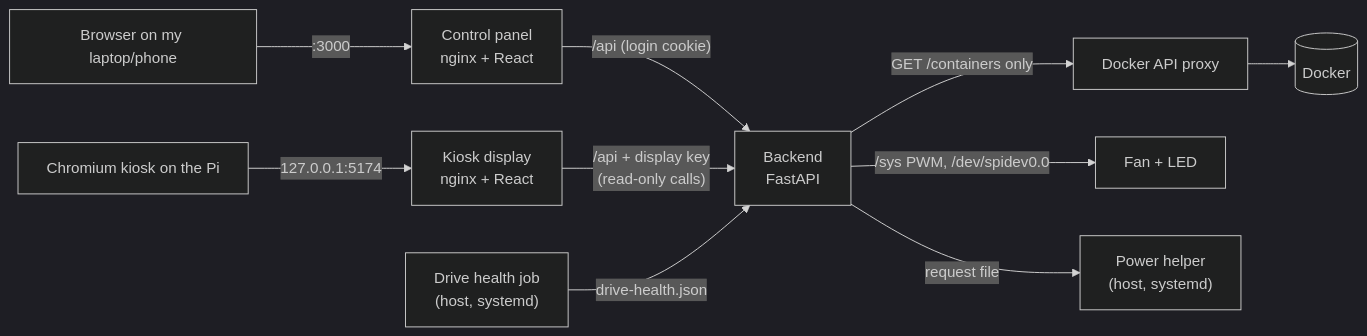
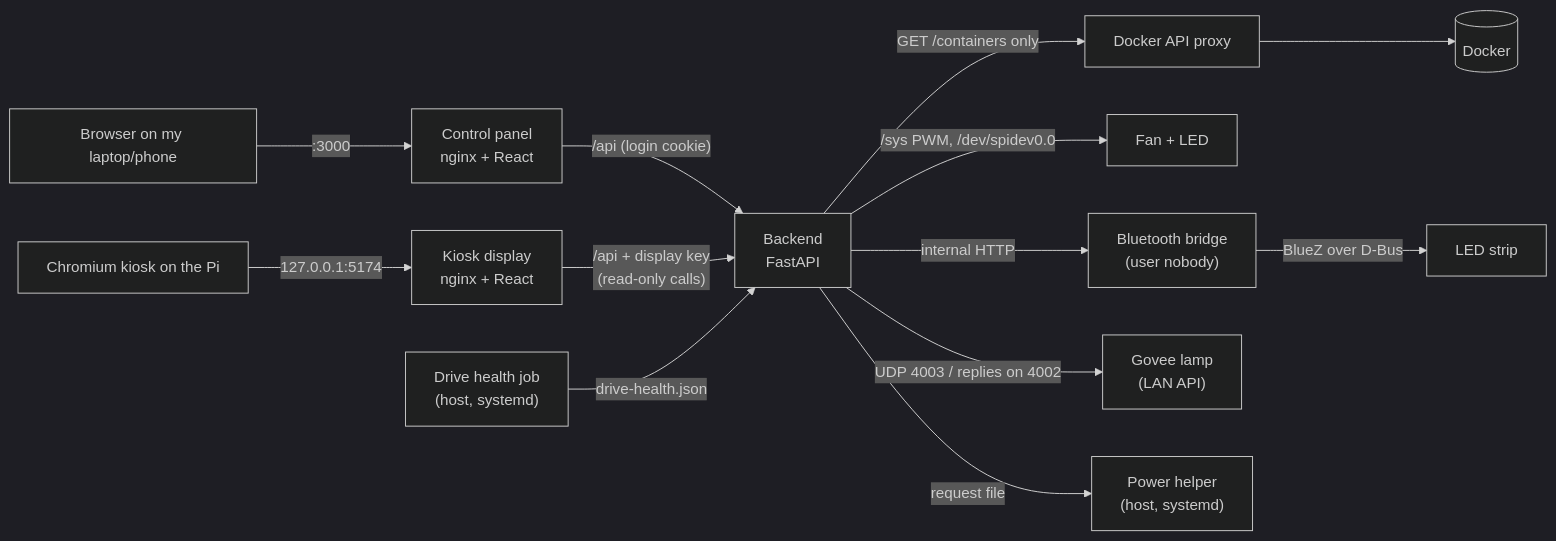
One commit to rahuljinka/pi5-homelab changed the diagram in docs/architecture.md. Above: the diagram before and after it, drawn with Mermaid (dark theme). The commit also changed other lines of this file and 26 other files, not shown here.

````diff
--- a/docs/architecture.md
+++ b/docs/architecture.md
@@ -18,12 +18,15 @@
 ```mermaid
 flowchart LR
     browser["Browser on my laptop/phone"] -->|":3000"| panel["Control panel<br/>nginx + React"]
     chromium["Chromium kiosk on the Pi"] -->|"127.0.0.1:5174"| display["Kiosk display<br/>nginx + React"]
     panel -->|"/api (login cookie)"| backend["Backend<br/>FastAPI"]
     display -->|"/api + display key<br/>(read-only calls)"| backend
     backend -->|"GET /containers only"| proxy["Docker API proxy"]
     proxy --> docker[("Docker")]
     backend -->|"/sys PWM, /dev/spidev0.0"| hw["Fan + LED"]
+    backend -->|"internal HTTP"| ble["Bluetooth bridge<br/>(user nobody)"]
+    ble -->|"BlueZ over D-Bus"| strip["LED strip"]
+    backend -->|"UDP 4003 / replies on 4002"| govee["Govee lamp<br/>(LAN API)"]
     backend -->|"request file"| power["Power helper<br/>(host, systemd)"]
     health["Drive health job<br/>(host, systemd)"] -->|"drive-health.json"| backend
 ```
````
